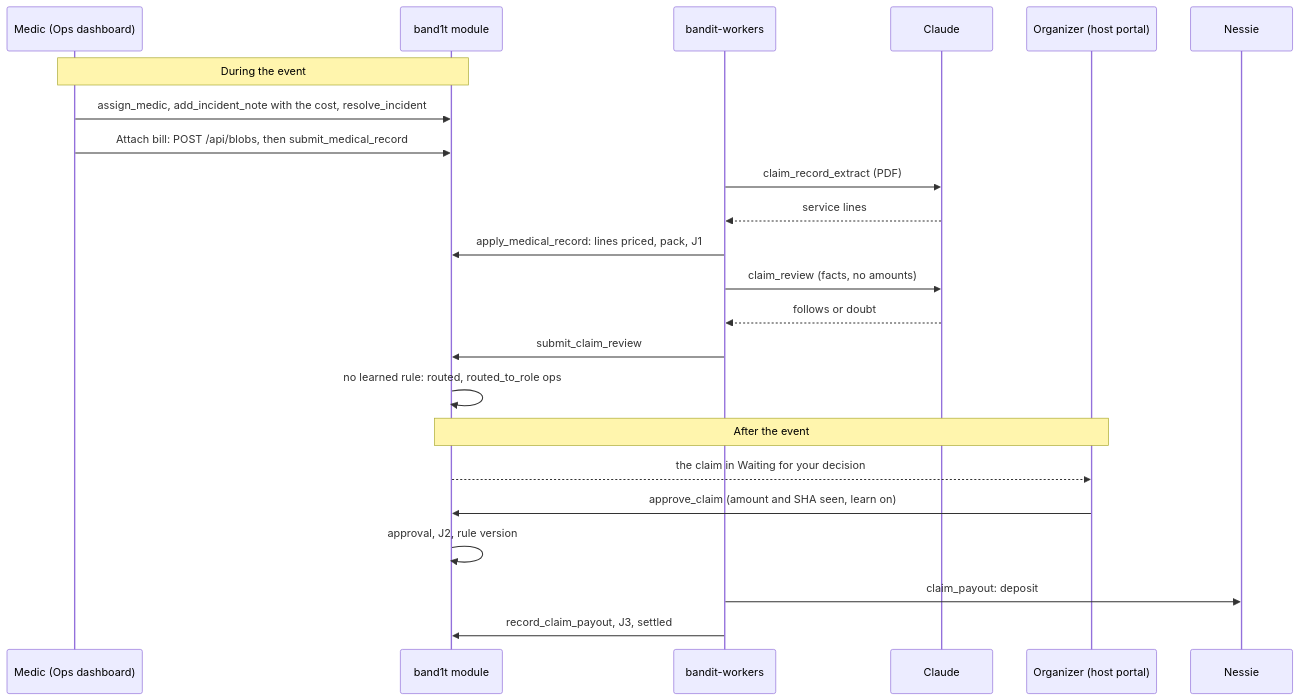
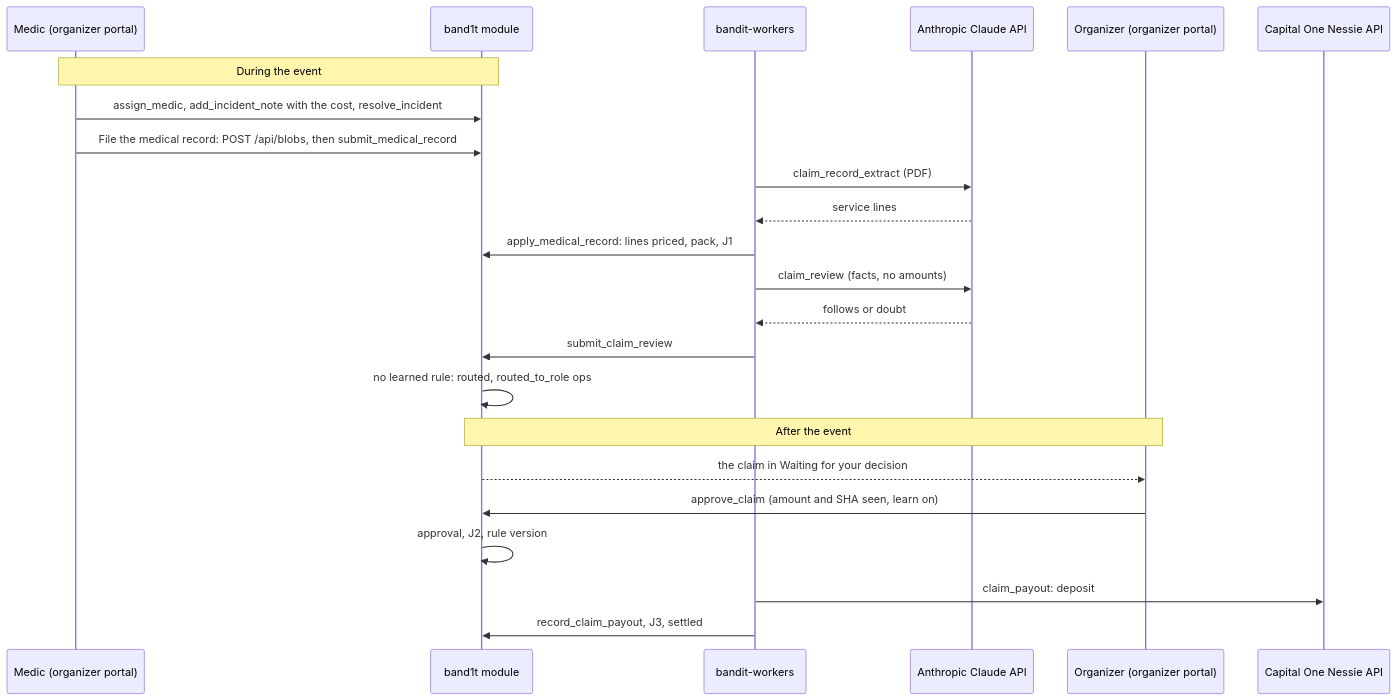
One commit to viktorinkov/cal-hacks-13 changed the third of 5 diagrams in System Design/6-features/Insurance.md. Above: the diagram before and after it, drawn with Mermaid. The commit also changed other lines of this file and 26 other files, not shown here.

````diff
--- a/System Design/6-features/Insurance.md
+++ b/System Design/6-features/Insurance.md
@@ -389,25 +453,25 @@
 ```mermaid
 sequenceDiagram
-  participant Med as Medic (Ops dashboard)
+  participant Med as Medic (organizer portal)
   participant M as band1t module
   participant W as bandit-workers
-  participant C as Claude
-  participant O as Organizer (host portal)
-  participant N as Nessie
+  participant C as Anthropic Claude API
+  participant O as Organizer (organizer portal)
+  participant N as Capital One Nessie API
   Note over Med,M: During the event
   Med->>M: assign_medic, add_incident_note with the cost, resolve_incident
-  Med->>M: Attach bill: POST /api/blobs, then submit_medical_record
+  Med->>M: File the medical record: POST /api/blobs, then submit_medical_record
   W->>C: claim_record_extract (PDF)
   C-->>W: service lines
   W->>M: apply_medical_record: lines priced, pack, J1
   W->>C: claim_review (facts, no amounts)
   C-->>W: follows or doubt
   W->>M: submit_claim_review
   M->>M: no learned rule: routed, routed_to_role ops
   Note over M,O: After the event
   M-->>O: the claim in Waiting for your decision
   O->>M: approve_claim (amount and SHA seen, learn on)
   M->>M: approval, J2, rule version
   W->>N: claim_payout: deposit
   W->>M: record_claim_payout, J3, settled
 ```
````
